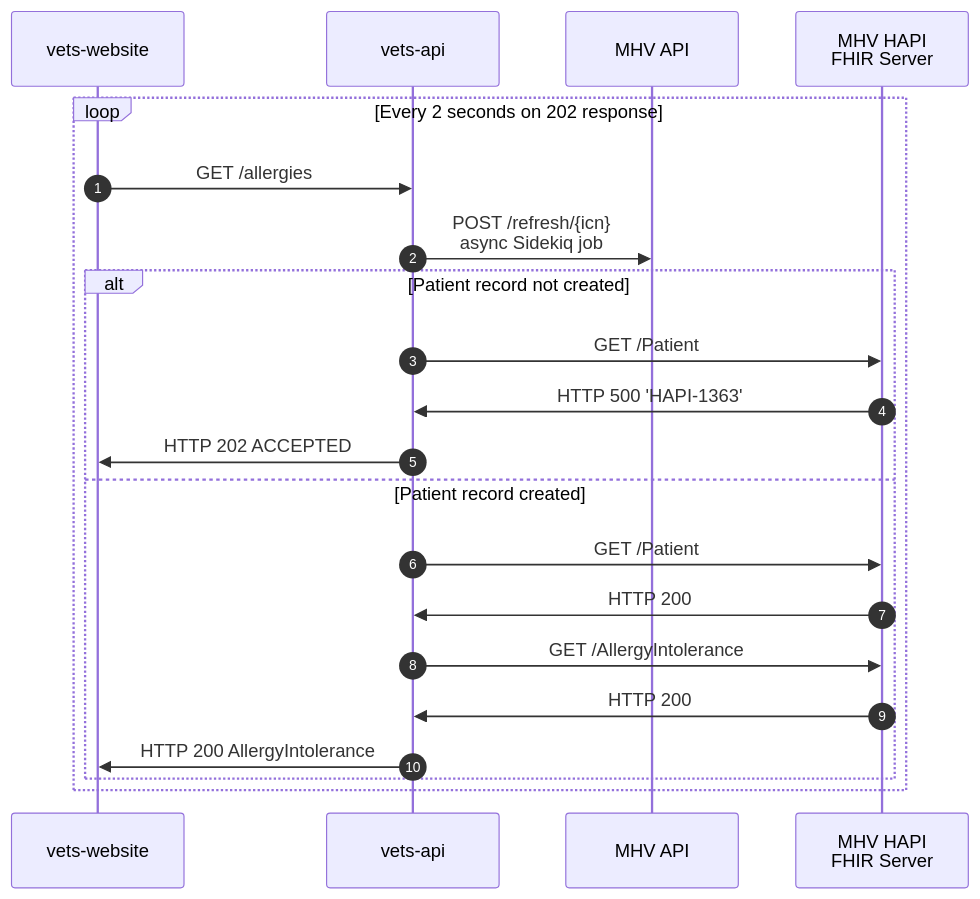
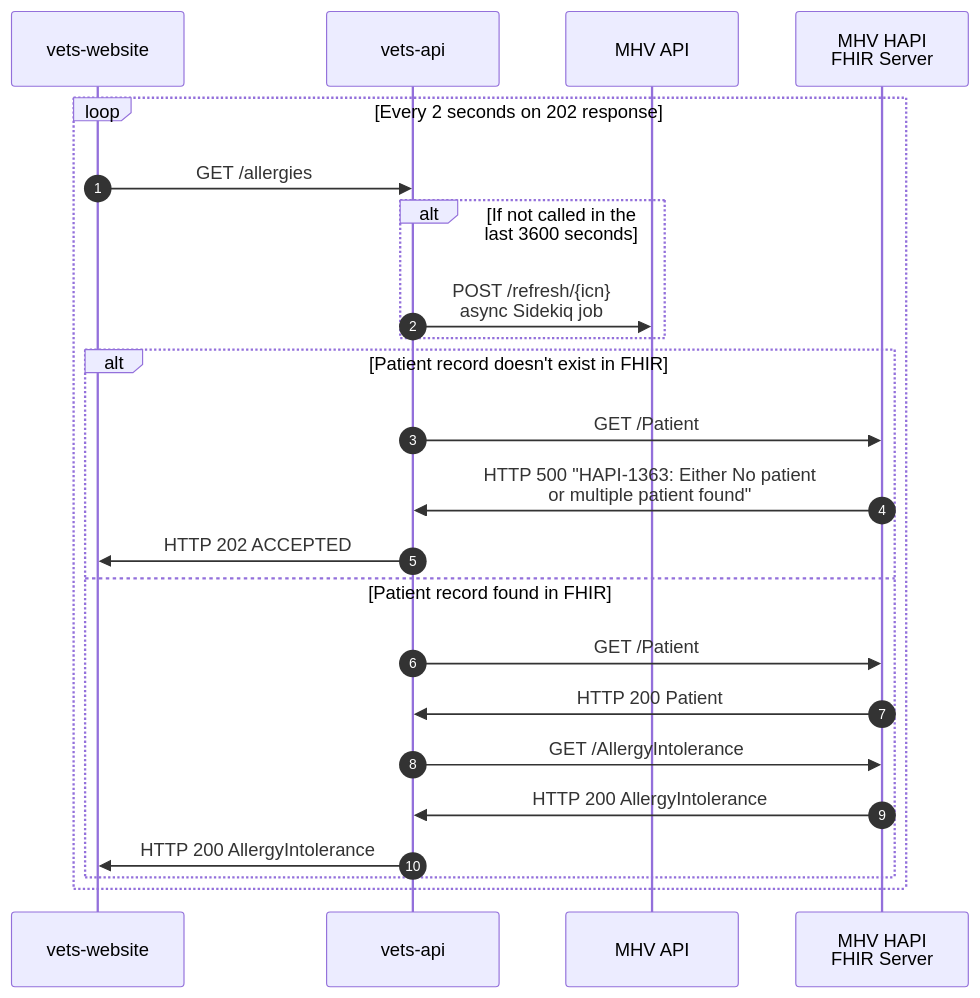
Before and after one commit to department-of-veterans-affairs/va.gov-team: the first of 3 diagrams in products/health-care/digital-health-modernization/mhv-to-va.gov/medical-records/process/phr-refresh.md, drawn with Mermaid.

````diff
--- a/products/health-care/digital-health-modernization/mhv-to-va.gov/medical-records/process/phr-refresh.md
+++ b/products/health-care/digital-health-modernization/mhv-to-va.gov/medical-records/process/phr-refresh.md
@@ -44,23 +44,25 @@
 ```mermaid
 sequenceDiagram
 	autonumber
 	participant VW as vets-website
 	participant VA as vets-api
 	participant MHVAPI as MHV API
 	participant FHIR as MHV HAPI<br />FHIR Server
 	loop Every 2 seconds on 202 response
 		VW->>VA: GET /allergies
-		VA->>MHVAPI: POST /refresh/{icn}<br/>async Sidekiq job
-		alt Patient record not created
+		alt If not called in the last 3600 seconds
+			VA->>MHVAPI: POST /refresh/{icn}<br/>async Sidekiq job
+		end
+		alt Patient record doesn't exist in FHIR
 			VA->>FHIR: GET /Patient
-			FHIR->>VA: HTTP 500 'HAPI-1363'
+			FHIR->>VA: HTTP 500 "HAPI-1363: Either No patient<br />or multiple patient found"
 			VA->>VW: HTTP 202 ACCEPTED
-		else Patient record created
+		else Patient record found in FHIR
 			VA->>FHIR: GET /Patient
-			FHIR->>VA: HTTP 200
+			FHIR->>VA: HTTP 200 Patient
 			VA->>FHIR: GET /AllergyIntolerance
-			FHIR->>VA: HTTP 200
+			FHIR->>VA: HTTP 200 AllergyIntolerance
 			VA->>VW: HTTP 200 AllergyIntolerance
 		end
 	end
 ```
````
